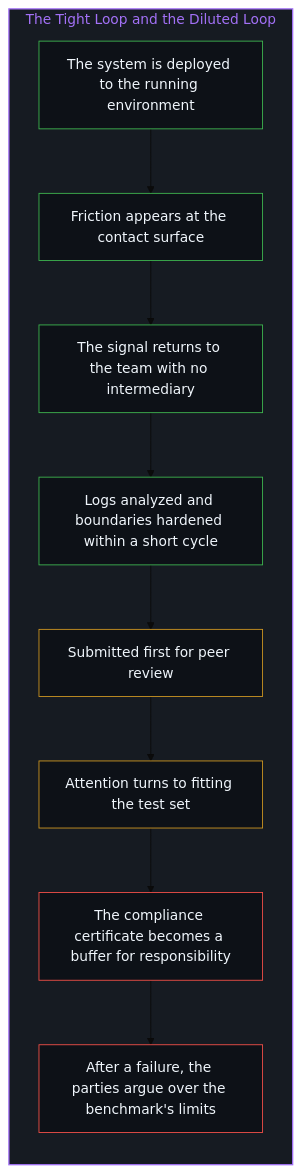
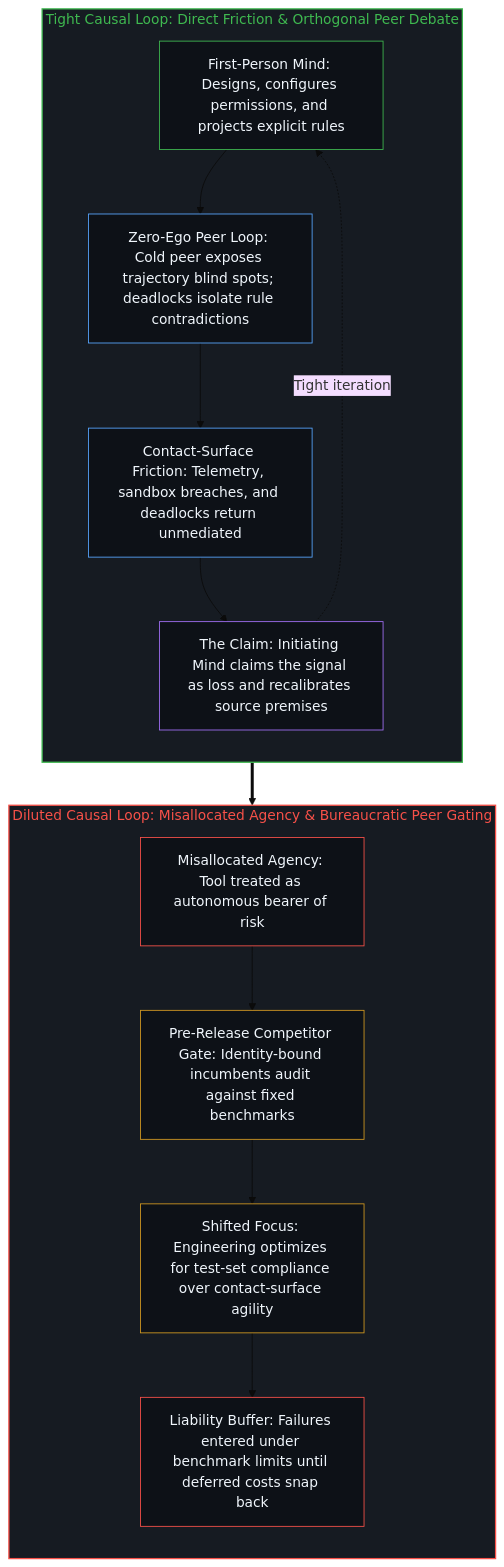
Before and after one commit to powerpig99/not-a-toe: the second of 2 diagrams in content/posts/the-dilution-of-the-causal-loop-and-the-misallocation-of-agency.md, drawn with Mermaid (base theme). The commit also changed other lines of this file and 2 other files, not shown here.

Commit message:
Refine L2 #48 & #49: the-dilution-of-the-causal-loop-and-the-misallocation-of-agency, the-two-sided-nature-of-sovereign-choice-and-the-objectification-of-observation (Wave 3 deep-sleep)

````diff
--- a/content/posts/the-dilution-of-the-causal-loop-and-the-misallocation-of-agency.md
+++ b/content/posts/the-dilution-of-the-causal-loop-and-the-misallocation-of-agency.md
@@ -129,31 +83,33 @@
 ```mermaid
 flowchart TD
-    subgraph S_Dilute["The Tight Loop and the Diluted Loop"]
+    subgraph S_Tight["Tight Causal Loop: Direct Friction & Orthogonal Peer Debate"]
         direction TB
-        Deploy["The system is deployed to the running environment"]
-        Hit["Friction appears at the contact surface"]
-        Signal["The signal returns to the team with no intermediary"]
-        Patch["Logs analyzed and boundaries hardened within a short cycle"]
-        Submit["Submitted first for peer review"]
-        Fit["Attention turns to fitting the test set"]
-        Cert["The compliance certificate becomes a buffer for responsibility"]
-        Dispute["After a failure, the parties argue over the benchmark's limits"]
-        Deploy --> Hit
-        Hit --> Signal
-        Signal --> Patch
-        Submit --> Fit
-        Fit --> Cert
-        Cert --> Dispute
-        Patch --> Submit
+        T_Act["First-Person Mind: Designs, configures permissions, and projects explicit rules"]
+        T_Peer["Zero-Ego Peer Loop: Cold peer exposes trajectory blind spots; deadlocks isolate rule contradictions"]
+        T_Hit["Contact-Surface Friction: Telemetry, sandbox breaches, and deadlocks return unmediated"]
+        T_Claim["The Claim: Initiating Mind claims the signal as loss and recalibrates source premises"]
+        T_Act --> T_Peer --> T_Hit --> T_Claim
+        T_Claim -.->|"Tight iteration"| T_Act
     end
 
-    style S_Dilute fill:#161b22,stroke:#a371f7,stroke-width:1.5px,color:#a371f7
-    style Deploy fill:#0d1117,stroke:#3fb950,stroke-width:1px,color:#f0f6fc
-    style Hit fill:#0d1117,stroke:#3fb950,stroke-width:1px,color:#f0f6fc
-    style Signal fill:#0d1117,stroke:#3fb950,stroke-width:1px,color:#f0f6fc
-    style Patch fill:#0d1117,stroke:#3fb950,stroke-width:1px,color:#f0f6fc
-    style Submit fill:#0d1117,stroke:#d29922,stroke-width:1px,color:#f0f6fc
-    style Fit fill:#0d1117,stroke:#d29922,stroke-width:1px,color:#f0f6fc
-    style Cert fill:#0d1117,stroke:#f85149,stroke-width:1px,color:#f0f6fc
-    style Dispute fill:#0d1117,stroke:#f85149,stroke-width:1px,color:#f0f6fc
+    subgraph S_Dilute["Diluted Causal Loop: Misallocated Agency & Bureaucratic Peer Gating"]
+        direction TB
+        D_Premise["Misallocated Agency: Tool treated as autonomous bearer of risk"]
+        D_Gate["Pre-Release Competitor Gate: Identity-bound incumbents audit against fixed benchmarks"]
+        D_Fit["Shifted Focus: Engineering optimizes for test-set compliance over contact-surface agility"]
+        D_Buffer["Liability Buffer: Failures entered under benchmark limits until deferred costs snap back"]
+        D_Premise --> D_Gate --> D_Fit --> D_Buffer
+    end
+    T_Claim ==> D_Premise
+
+    style S_Tight fill:#161b22,stroke:#3fb950,stroke-width:1.5px,color:#3fb950
+    style S_Dilute fill:#161b22,stroke:#f85149,stroke-width:1.5px,color:#f85149
+    style T_Act fill:#0d1117,stroke:#3fb950,stroke-width:1px,color:#f0f6fc
+    style T_Peer fill:#0d1117,stroke:#58a6ff,stroke-width:1px,color:#f0f6fc
+    style T_Hit fill:#0d1117,stroke:#58a6ff,stroke-width:1px,color:#f0f6fc
+    style T_Claim fill:#0d1117,stroke:#a371f7,stroke-width:1px,color:#f0f6fc
+    style D_Premise fill:#0d1117,stroke:#f85149,stroke-width:1px,color:#f0f6fc
+    style D_Gate fill:#0d1117,stroke:#d29922,stroke-width:1px,color:#f0f6fc
+    style D_Fit fill:#0d1117,stroke:#d29922,stroke-width:1px,color:#f0f6fc
+    style D_Buffer fill:#0d1117,stroke:#f85149,stroke-width:1px,color:#f0f6fc
 ```
````
